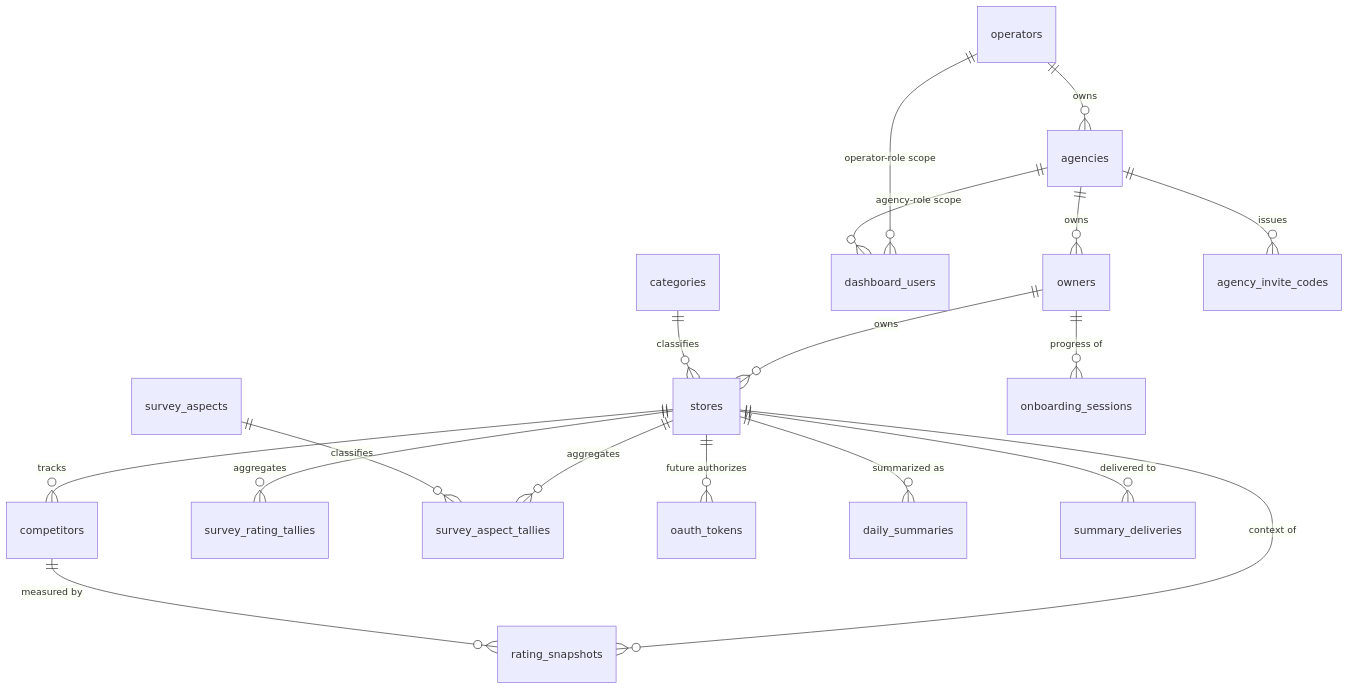
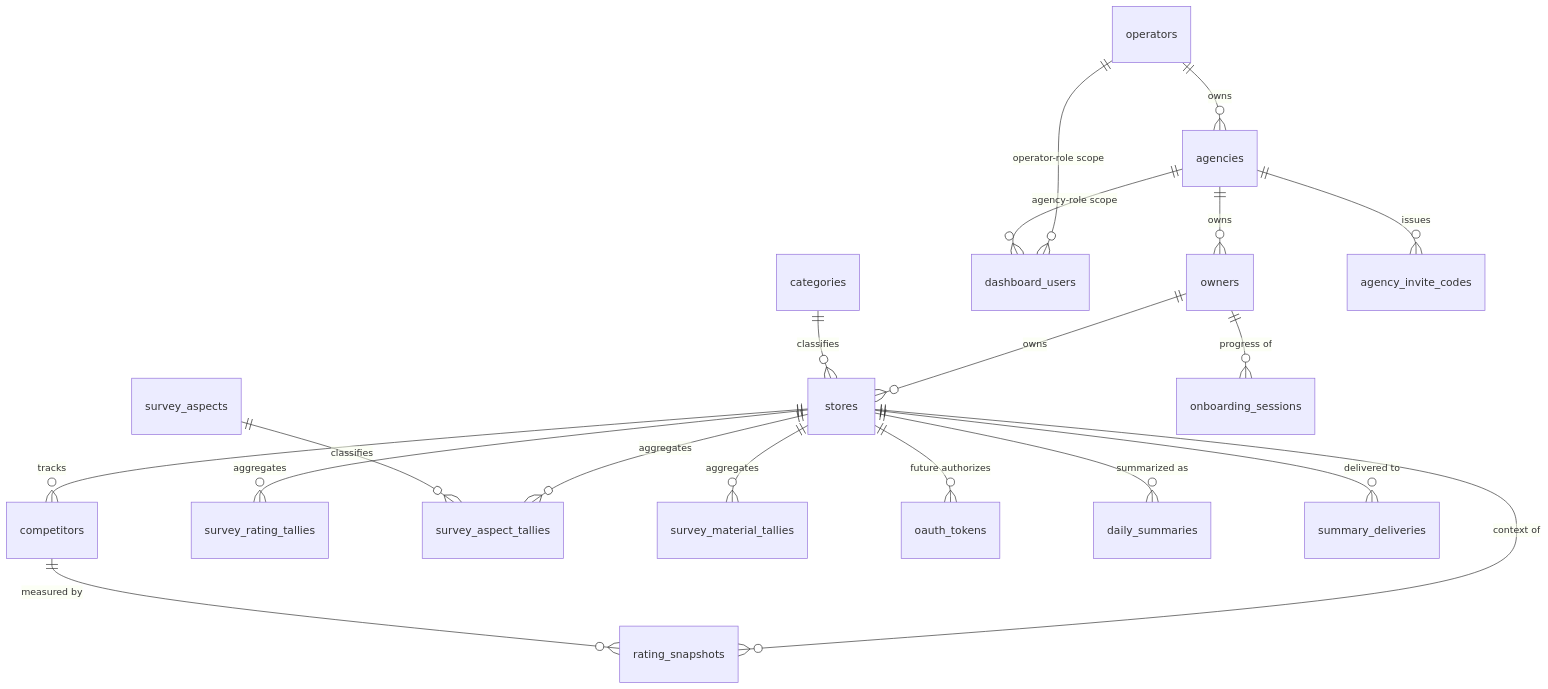
One commit to ManatoYamashita/fw-line-meo changed the diagram in db/ERD.md. Above: the diagram before and after it, drawn with Mermaid. The commit also changed other lines of this file and 6 other files, not shown here.

````diff
--- a/db/ERD.md
+++ b/db/ERD.md
@@ -8,20 +8,21 @@
 ```mermaid
 erDiagram
     operators ||--o{ agencies : owns
     agencies ||--o{ owners : owns
     owners ||--o{ stores : owns
     operators ||--o{ dashboard_users : "operator-role scope"
     agencies ||--o{ dashboard_users : "agency-role scope"
     categories ||--o{ stores : classifies
     stores ||--o{ competitors : tracks
     stores ||--o{ rating_snapshots : "context of"
     competitors ||--o{ rating_snapshots : "measured by"
     stores ||--o{ survey_rating_tallies : aggregates
     stores ||--o{ survey_aspect_tallies : aggregates
+    stores ||--o{ survey_material_tallies : aggregates
     survey_aspects ||--o{ survey_aspect_tallies : classifies
     stores ||--o{ oauth_tokens : "future authorizes"
     stores ||--o{ daily_summaries : "summarized as"
     stores ||--o{ summary_deliveries : "delivered to"
     agencies ||--o{ agency_invite_codes : issues
     owners ||--o{ onboarding_sessions : "progress of"
 ```
````
